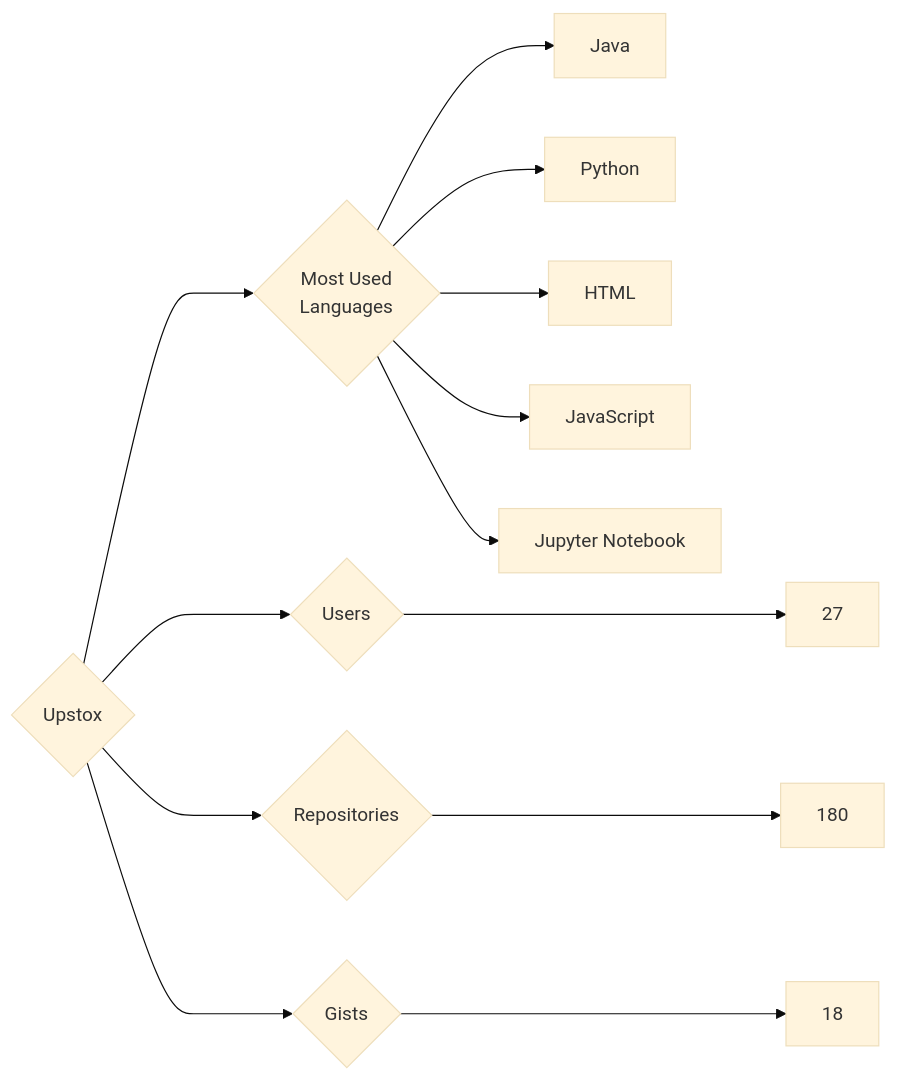
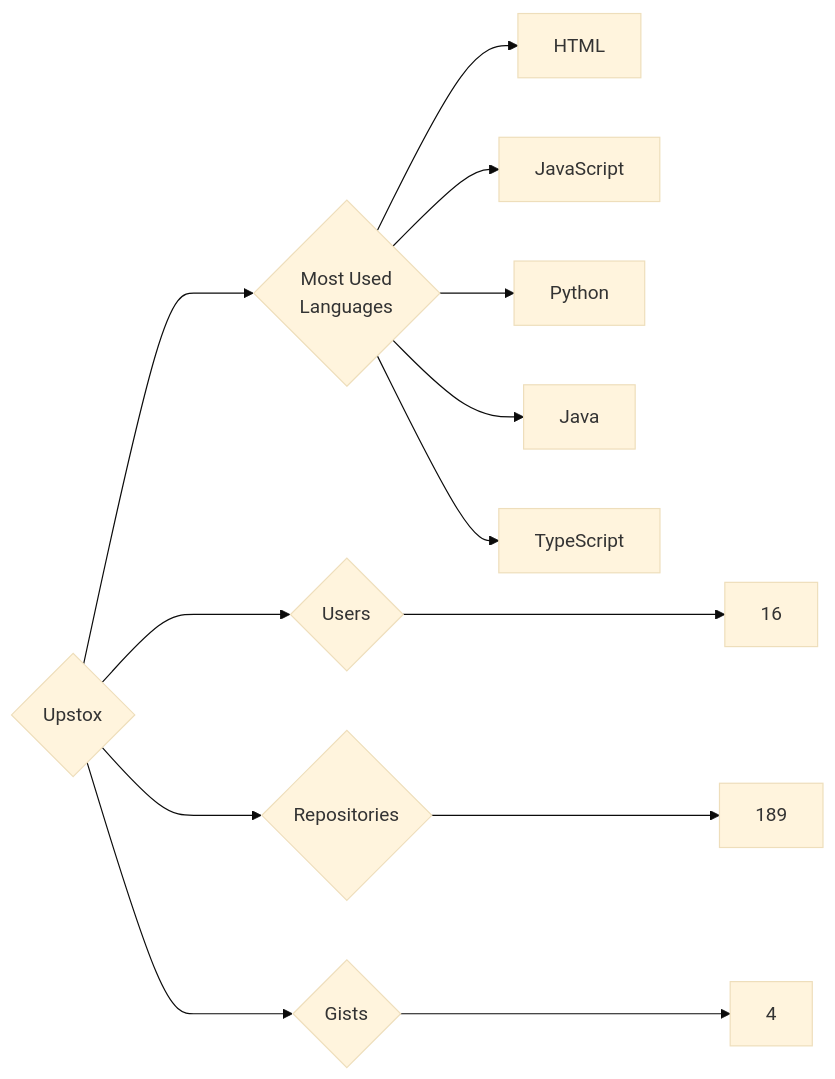
One commit to trickest/insiders changed the diagram in targets/Upstox/README.md. Above: the diagram before and after it, drawn with Mermaid (base theme). The commit also changed 1696 other files, not shown here.

````diff
--- a/targets/Upstox/README.md
+++ b/targets/Upstox/README.md
@@ -3,13 +3,13 @@
 ```mermaid
 graph LR
 COMPANY_NAME{Upstox}
-COMPANY_NAME ---> U{Users} ---> UN[27]
-COMPANY_NAME ---> R{Repositories} ---> RN[180]
-COMPANY_NAME ---> G{Gists} ---> GN[18]
+COMPANY_NAME ---> U{Users} ---> UN[16]
+COMPANY_NAME ---> R{Repositories} ---> RN[189]
+COMPANY_NAME ---> G{Gists} ---> GN[4]
 COMPANY_NAME ---> ML{Most Used<br>Languages}
-ML --> Java[Java]
-ML --> Python[Python]
 ML --> HTML[HTML]
 ML --> JavaScript[JavaScript]
-ML --> Jupyter_Notebook[Jupyter Notebook]
+ML --> Python[Python]
+ML --> Java[Java]
+ML --> TypeScript[TypeScript]
 ```
````
